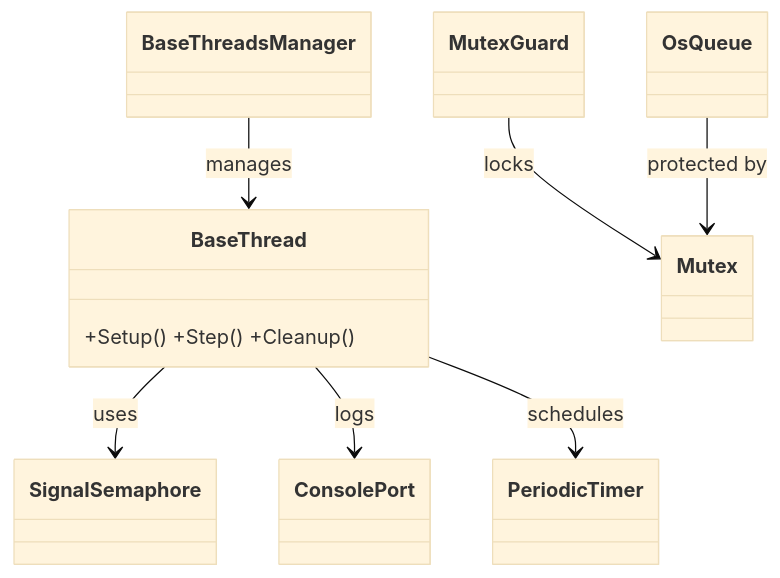
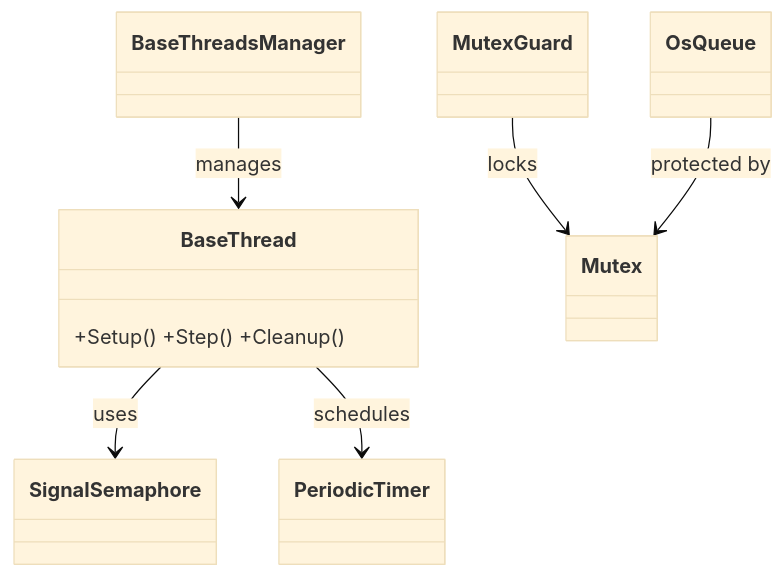
One commit to N3b3x/hf-utils-rtos-wrap changed the diagram in README.md. Above: the diagram before and after it, drawn with Mermaid (base theme). The commit also changed other lines of this file and 2 other files, not shown here.

First line of the commit message:
docs: remove ConsolePort references and dead Console.md

````diff
--- a/README.md
+++ b/README.md
@@ -34,17 +33,15 @@
 ```mermaid
 classDiagram
     class BaseThread { +Setup() +Step() +Cleanup() }
     class BaseThreadsManager
     class OsQueue
     class Mutex
     class MutexGuard
     class SignalSemaphore
-    class ConsolePort
     class PeriodicTimer
     BaseThreadsManager --> BaseThread : manages
     BaseThread --> SignalSemaphore : uses
-    BaseThread --> ConsolePort : logs
     BaseThread --> PeriodicTimer : schedules
     MutexGuard --> Mutex : locks
     OsQueue --> Mutex : protected by
 ```
````
